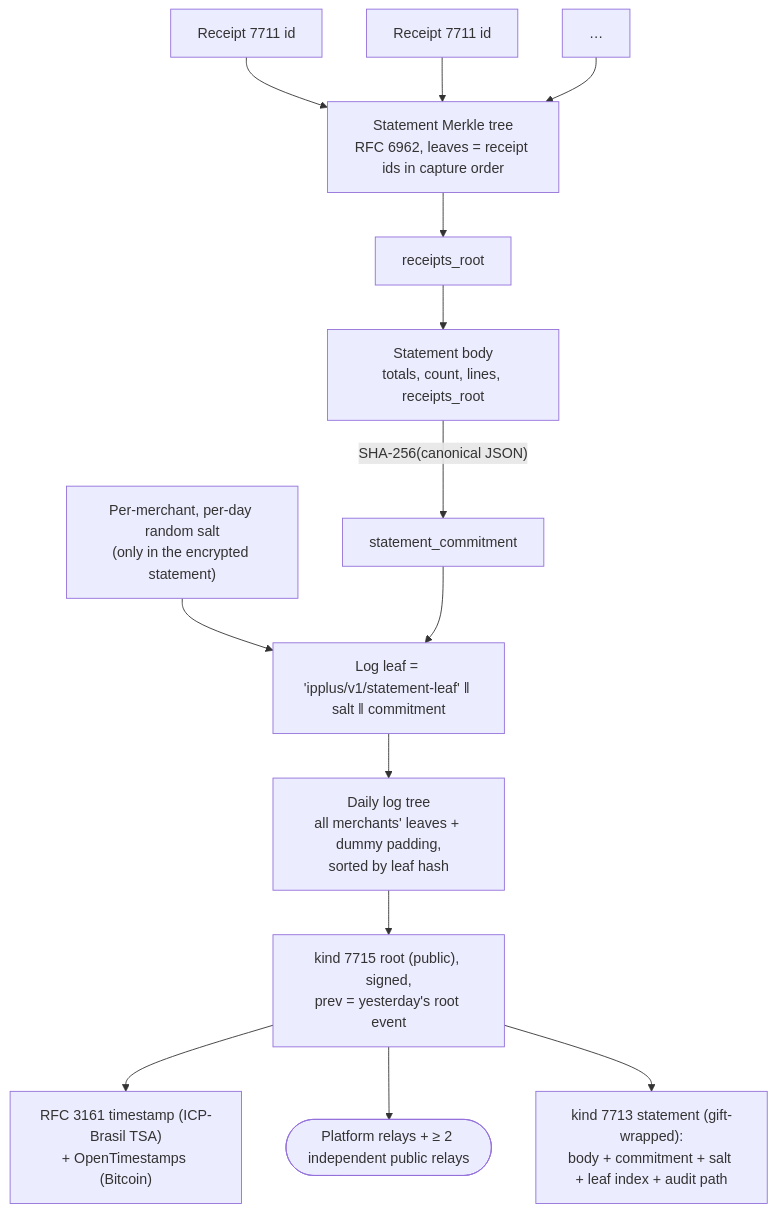
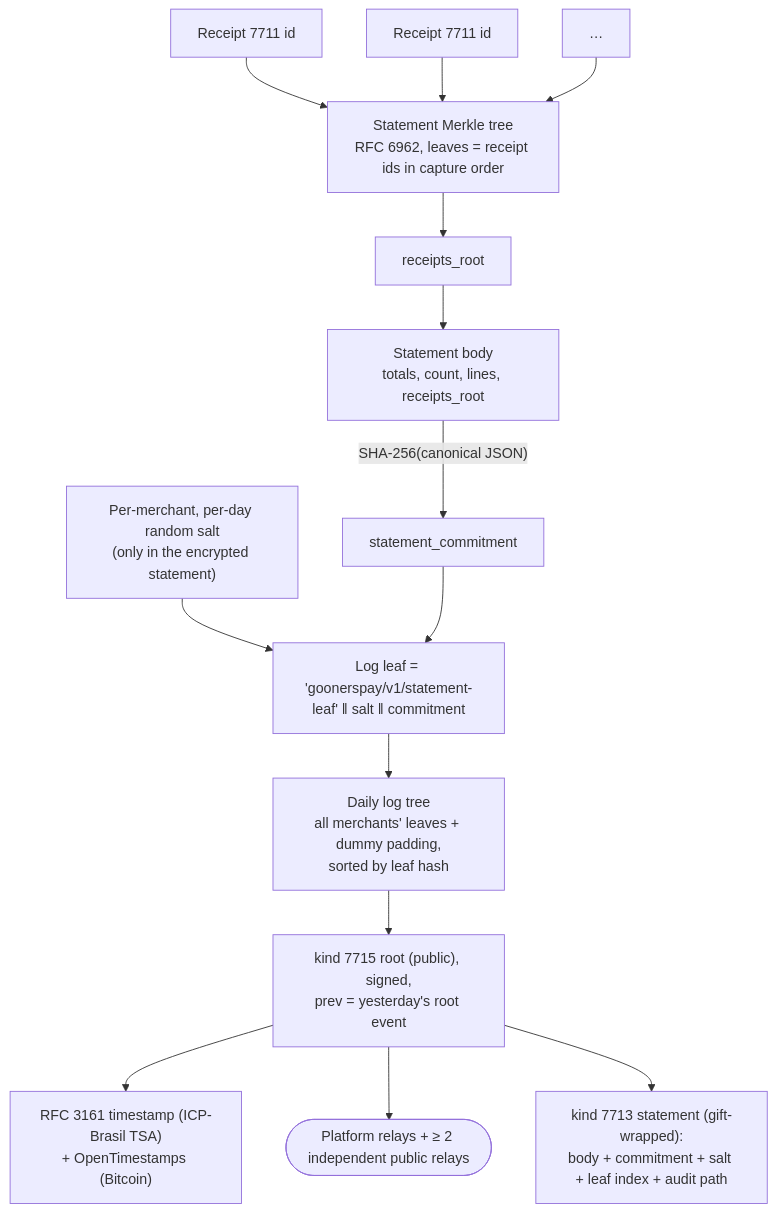
Before and after one commit to monolito123/Gooners: the fourth of 6 diagrams in payments/docs/03-nostr-layer.md, drawn with Mermaid. The commit also changed other lines of this file and 60 other files, not shown here.

````diff
--- a/payments/docs/03-nostr-layer.md
+++ b/payments/docs/03-nostr-layer.md
@@ -231,14 +231,14 @@
 ```mermaid
 flowchart TB
   R1["Receipt 7711 id"] & R2["Receipt 7711 id"] & R3["…"] --> MT1["Statement Merkle tree<br/>RFC 6962, leaves = receipt ids in capture order"]
   MT1 --> RR["receipts_root"]
   RR --> BODY["Statement body<br/>totals, count, lines, receipts_root"]
   BODY -->|"SHA-256(canonical JSON)"| SC["statement_commitment"]
   SALT["Per-merchant, per-day random salt<br/>(only in the encrypted statement)"] --> LEAF
-  SC --> LEAF["Log leaf = 'ipplus/v1/statement-leaf' ‖ salt ‖ commitment"]
+  SC --> LEAF["Log leaf = 'goonerspay/v1/statement-leaf' ‖ salt ‖ commitment"]
   LEAF --> MT2["Daily log tree<br/>all merchants' leaves + dummy padding,<br/>sorted by leaf hash"]
   MT2 --> ROOT["kind 7715 root (public), signed,<br/>prev = yesterday's root event"]
   ROOT --> TSA["RFC 3161 timestamp (ICP-Brasil TSA)<br/>+ OpenTimestamps (Bitcoin)"]
   ROOT --> PUB(["Platform relays + ≥ 2 independent public relays"])
   ROOT --> ST["kind 7713 statement (gift-wrapped):<br/>body + commitment + salt + leaf index + audit path"]
 ```
````
